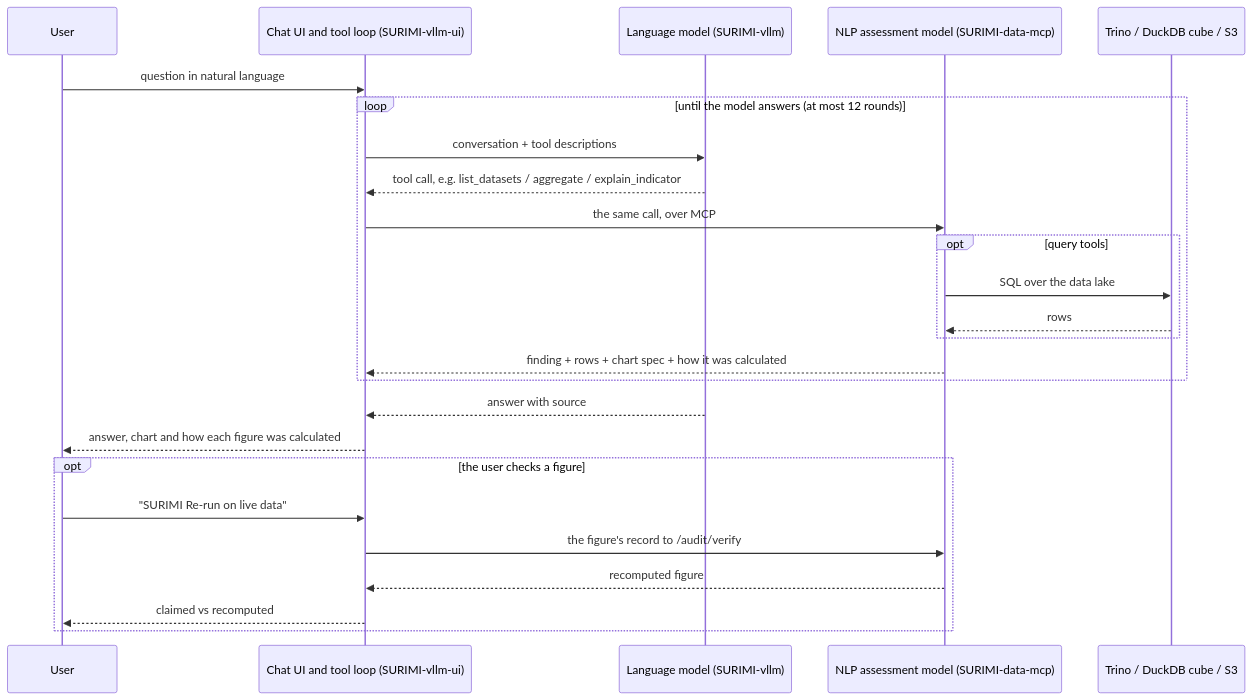
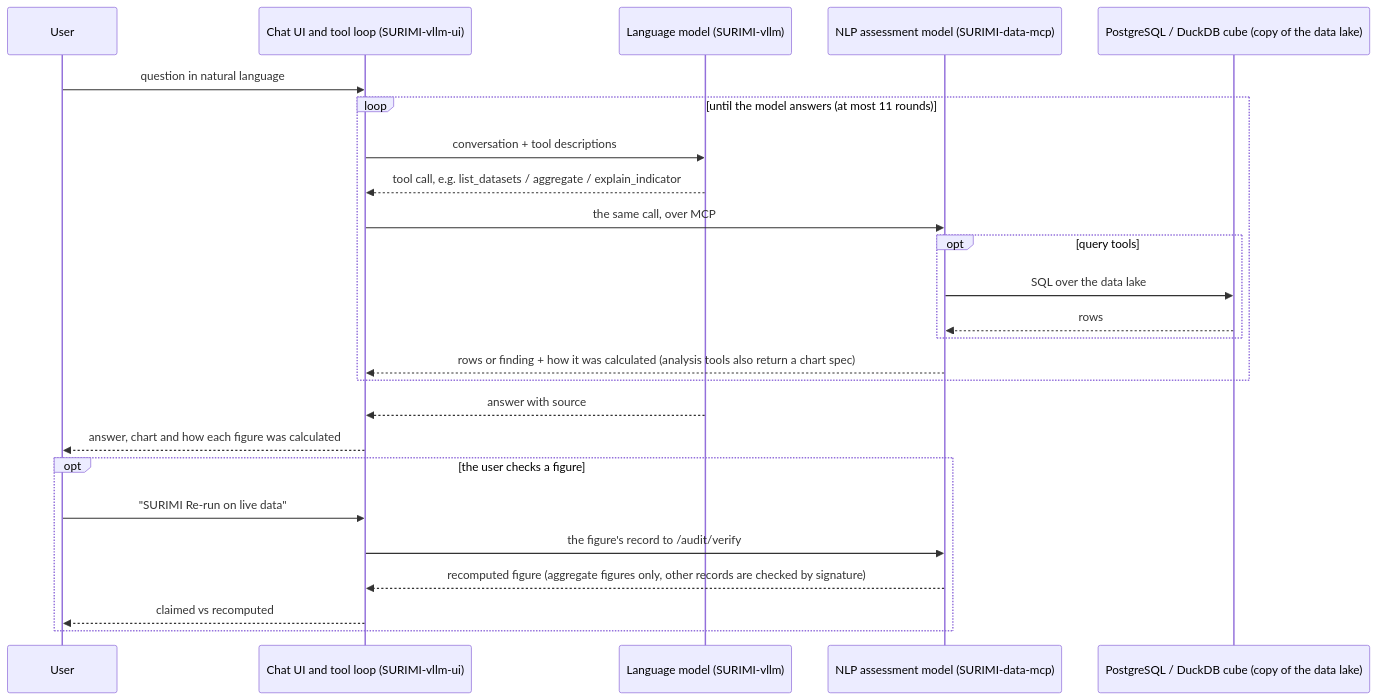
One commit to SURIMI-Project/SURIMI-project changed the diagram in deliverables/D3.7 - NLP assessment model/D3.7 - NLP assessment model.md. Above: the diagram before and after it, drawn with Mermaid. The commit also changed other lines of this file and 3 other files, not shown here.

Commit message:
D3.7, D3.9: statements corrected against the code and the evaluation; numbers as re-graded on 2 October 2026; Figure 2 and Figure 3 up to date

````diff
--- a/deliverables/D3.7 - NLP assessment model/D3.7 - NLP assessment model.md
+++ b/deliverables/D3.7 - NLP assessment model/D3.7 - NLP assessment model.md
@@ -73,28 +73,28 @@
 ```mermaid
 sequenceDiagram
     participant User as User
     participant UI as Chat UI and tool loop (SURIMI-vllm-ui)
     participant LLM as Language model (SURIMI-vllm)
     participant DATA as NLP assessment model (SURIMI-data-mcp)
-    participant STORE as Trino / DuckDB cube / S3
+    participant STORE as PostgreSQL / DuckDB cube (copy of the data lake)
 
     User ->> UI: question in natural language
-    loop until the model answers (at most 12 rounds)
+    loop until the model answers (at most 11 rounds)
         UI ->> LLM: conversation + tool descriptions
         LLM -->> UI: tool call, e.g. list_datasets / aggregate / explain_indicator
         UI ->> DATA: the same call, over MCP
         opt query tools
             DATA ->> STORE: SQL over the data lake
             STORE -->> DATA: rows
         end
-        DATA -->> UI: finding + rows + chart spec + how it was calculated
+        DATA -->> UI: rows or finding + how it was calculated (analysis tools also return a chart spec)
     end
     LLM -->> UI: answer with source
     UI -->> User: answer, chart and how each figure was calculated
     opt the user checks a figure
         User ->> UI: "SURIMI Re-run on live data"
         UI ->> DATA: the figure's record to /audit/verify
-        DATA -->> UI: recomputed figure
+        DATA -->> UI: recomputed figure (aggregate figures only, other records are checked by signature)
         UI -->> User: claimed vs recomputed
     end
 ```
````
